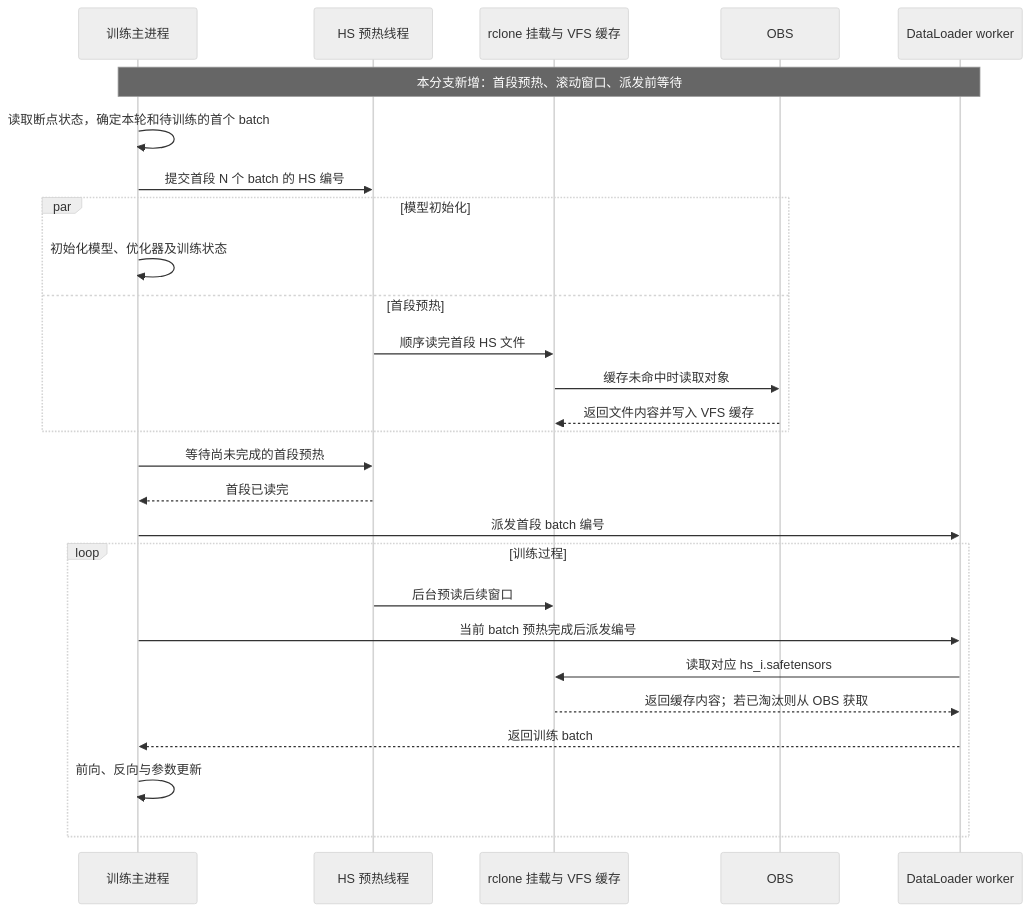
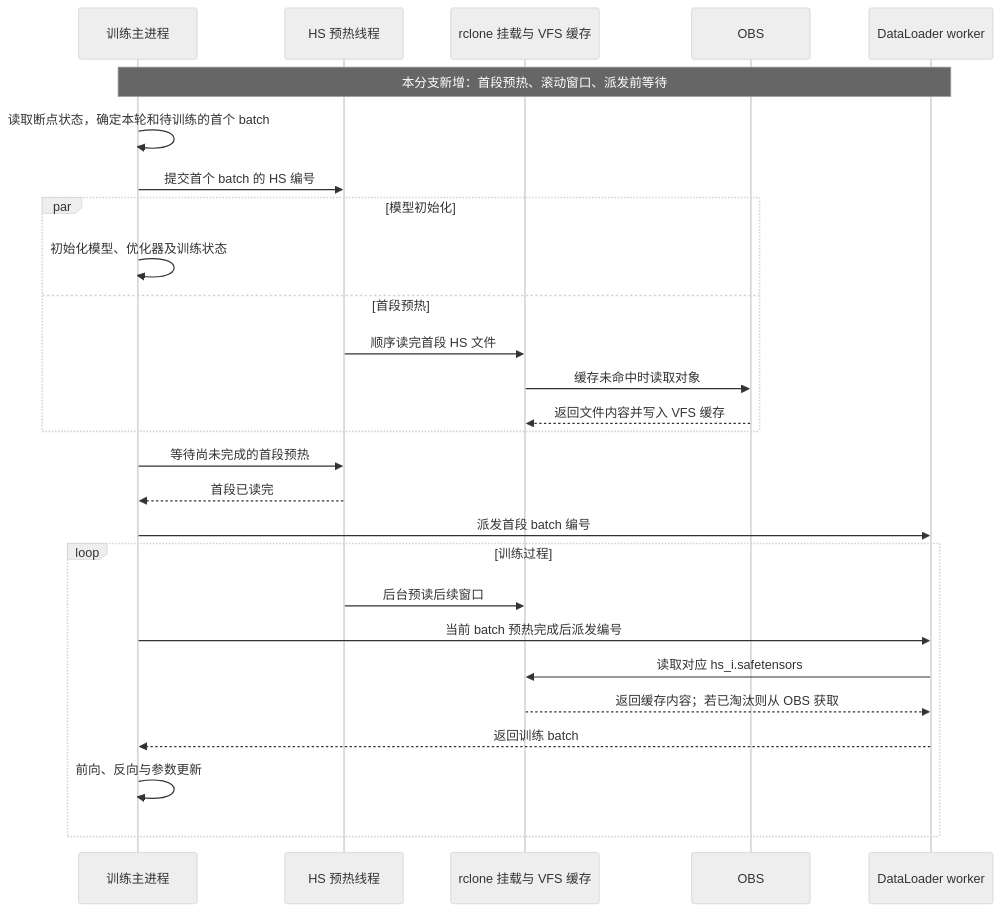
One commit to nanxingMy/speculators_hw changed the second of 2 diagrams in docs/user_guide/tutorials/offline_hs_prefetch_flow.md. Above: the diagram before and after it, drawn with Mermaid (neutral theme). The commit also changed other lines of this file and 5 other files, not shown here.

```diff
--- a/docs/user_guide/tutorials/offline_hs_prefetch_flow.md
+++ b/docs/user_guide/tutorials/offline_hs_prefetch_flow.md
@@ -45,30 +45,30 @@
 ~~~mermaid
 sequenceDiagram
     participant T as 训练主进程
     participant P as HS 预热线程
     participant M as rclone 挂载与 VFS 缓存
     participant O as OBS
     participant D as DataLoader worker
 
     Note over T,D: 本分支新增：首段预热、滚动窗口、派发前等待
     T->>T: 读取断点状态，确定本轮和待训练的首个 batch
-    T->>P: 提交首段 N 个 batch 的 HS 编号
+    T->>P: 提交首个 batch 的 HS 编号
     par 模型初始化
         T->>T: 初始化模型、优化器及训练状态
     and 首段预热
         P->>M: 顺序读完首段 HS 文件
         M->>O: 缓存未命中时读取对象
         O-->>M: 返回文件内容并写入 VFS 缓存
     end
     T->>P: 等待尚未完成的首段预热
     P-->>T: 首段已读完
     T->>D: 派发首段 batch 编号
     loop 训练过程
         P->>M: 后台预读后续窗口
         T->>D: 当前 batch 预热完成后派发编号
         D->>M: 读取对应 hs_i.safetensors
         M-->>D: 返回缓存内容；若已淘汰则从 OBS 获取
         D-->>T: 返回训练 batch
         T->>T: 前向、反向与参数更新
     end
 ~~~
```
